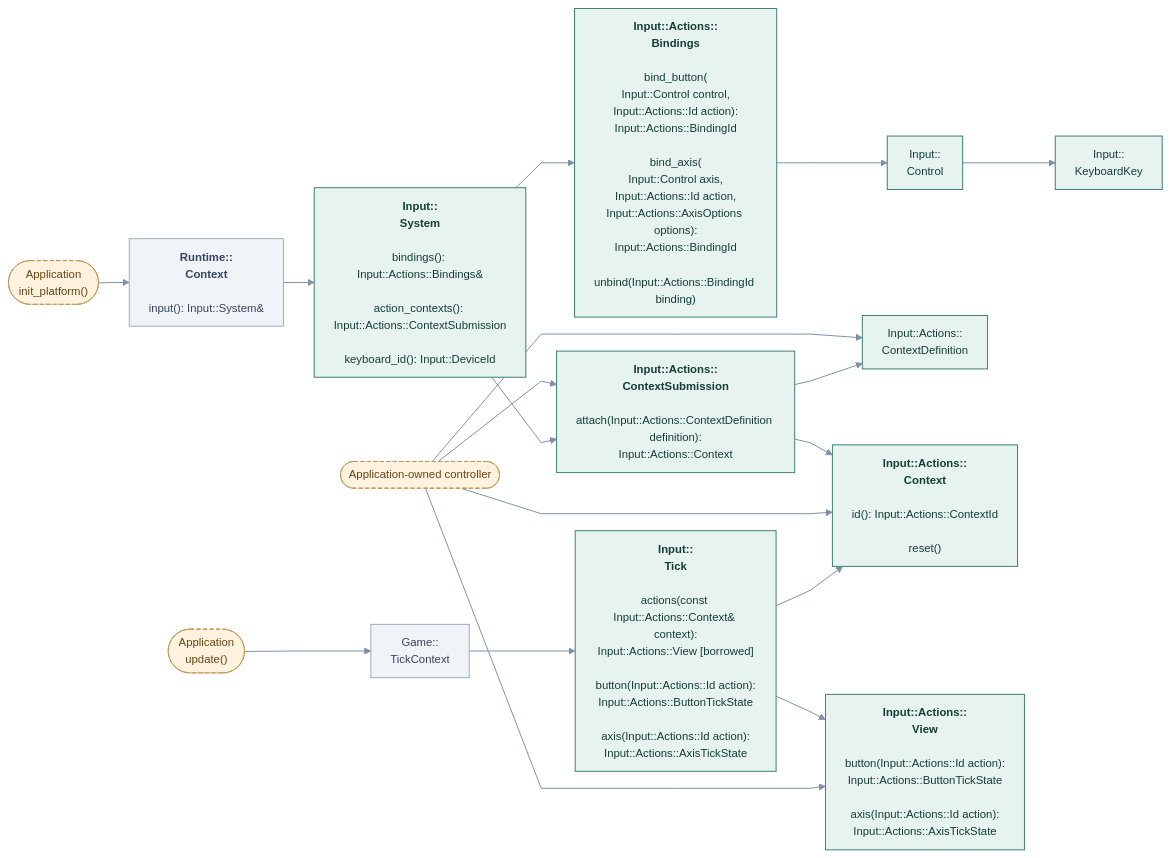
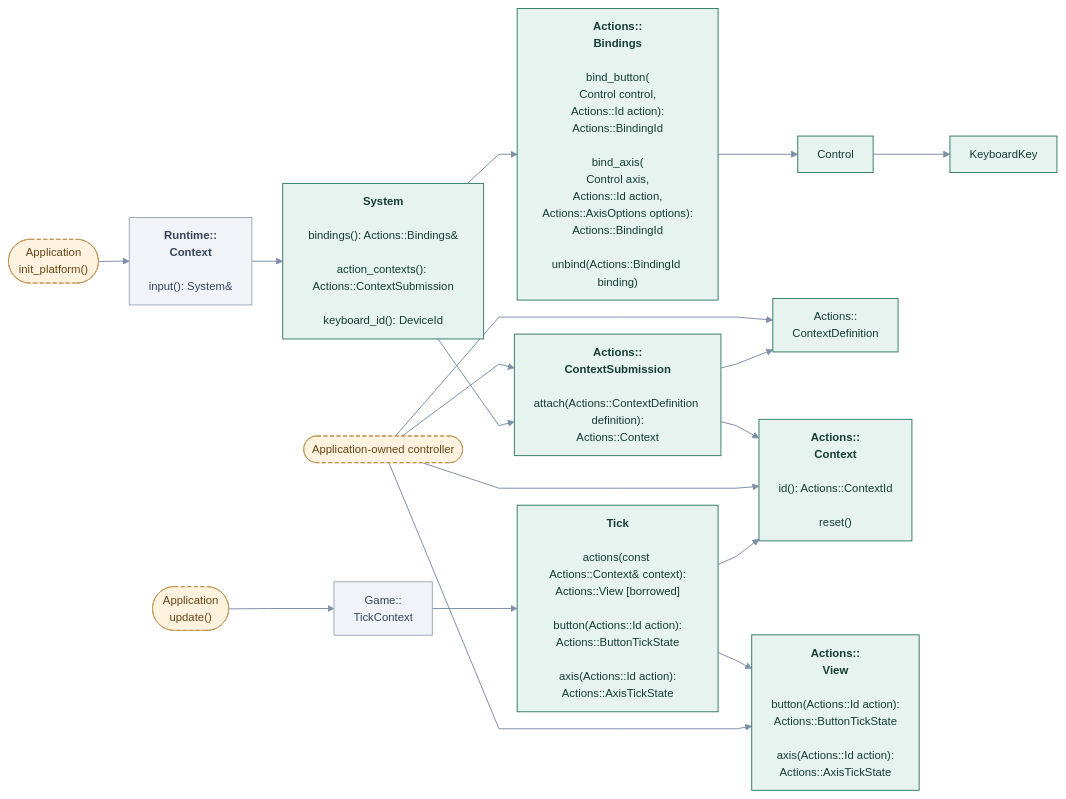
Before and after one commit to cppcooper/cheryl-engine: the diagram in docs/site/engine-systems/diagrams/input-application.mmd, drawn with Mermaid. The commit also changed 6 other files, not shown here.

First line of the commit message:
Scopes Input diagram names to their subsystem

```diff
--- a/docs/site/engine-systems/diagrams/input-application.mmd
+++ b/docs/site/engine-systems/diagrams/input-application.mmd
@@ -1,51 +1,51 @@
 ---
 config:
   theme: base
   themeVariables:
     fontFamily: system-ui, sans-serif
     fontSize: 14px
   flowchart:
     htmlLabels: true
     curve: linear
     nodeSpacing: 22
     rankSpacing: 38
     padding: 12
 ---
 flowchart LR
     accTitle: Input · application actions and controllers
-    accDescr: Arrows point toward the API or type used, not call order or data flow. Methods beneath type names are selected application entry points; Implement hooks marks engine-invoked overrides. Dashed arrows mark optional choices.
+    accDescr: Local names omit Input::. Arrows point toward the API or type used, not call order or data flow. Methods beneath type names are selected application entry points; Implement hooks marks engine-invoked overrides. Dashed arrows mark optional choices.
     k0(["Application<br/>init_platform()"]):::app
-    k1["<b>Runtime::<br/>Context</b><br/><br/>input(): Input::System&amp;"]:::neighbor
-    k2["<b>Input::<br/>System</b><br/><br/>bindings(): Input::Actions::Bindings&amp;<br/><br/>action_contexts(): Input::Actions::ContextSubmission<br/><br/>keyboard_id(): Input::DeviceId"]:::focal
-    k3["<b>Input::Actions::<br/>Bindings</b><br/><br/>bind_button(<br/>Input::Control control,<br/>Input::Actions::Id action):<br/>Input::Actions::BindingId<br/><br/>bind_axis(<br/>Input::Control axis,<br/>Input::Actions::Id action,<br/>Input::Actions::AxisOptions options):<br/>Input::Actions::BindingId<br/><br/>unbind(Input::Actions::BindingId binding)"]:::focal
-    k4["Input::<br/>Control"]:::focal
-    k5["Input::<br/>KeyboardKey"]:::focal
+    k1["<b>Runtime::<br/>Context</b><br/><br/>input(): System&amp;"]:::neighbor
+    k2["<b>System</b><br/><br/>bindings(): Actions::Bindings&amp;<br/><br/>action_contexts(): Actions::ContextSubmission<br/><br/>keyboard_id(): DeviceId"]:::focal
+    k3["<b>Actions::<br/>Bindings</b><br/><br/>bind_button(<br/>Control control,<br/>Actions::Id action):<br/>Actions::BindingId<br/><br/>bind_axis(<br/>Control axis,<br/>Actions::Id action,<br/>Actions::AxisOptions options):<br/>Actions::BindingId<br/><br/>unbind(Actions::BindingId binding)"]:::focal
+    k4["Control"]:::focal
+    k5["KeyboardKey"]:::focal
     k6(["Application-owned controller"]):::app
-    k7["Input::Actions::<br/>ContextDefinition"]:::focal
-    k8["<b>Input::Actions::<br/>ContextSubmission</b><br/><br/>attach(Input::Actions::ContextDefinition definition):<br/>Input::Actions::Context"]:::focal
-    k9["<b>Input::Actions::<br/>Context</b><br/><br/>id(): Input::Actions::ContextId<br/><br/>reset()"]:::focal
+    k7["Actions::<br/>ContextDefinition"]:::focal
+    k8["<b>Actions::<br/>ContextSubmission</b><br/><br/>attach(Actions::ContextDefinition definition):<br/>Actions::Context"]:::focal
+    k9["<b>Actions::<br/>Context</b><br/><br/>id(): Actions::ContextId<br/><br/>reset()"]:::focal
     k10(["Application<br/>update()"]):::app
     k11["Game::<br/>TickContext"]:::neighbor
-    k12["<b>Input::<br/>Tick</b><br/><br/>actions(const Input::Actions::Context&amp; context):<br/>Input::Actions::View [borrowed]<br/><br/>button(Input::Actions::Id action):<br/>Input::Actions::ButtonTickState<br/><br/>axis(Input::Actions::Id action):<br/>Input::Actions::AxisTickState"]:::focal
-    k13["<b>Input::Actions::<br/>View</b><br/><br/>button(Input::Actions::Id action):<br/>Input::Actions::ButtonTickState<br/><br/>axis(Input::Actions::Id action):<br/>Input::Actions::AxisTickState"]:::focal
+    k12["<b>Tick</b><br/><br/>actions(const Actions::Context&amp; context):<br/>Actions::View [borrowed]<br/><br/>button(Actions::Id action):<br/>Actions::ButtonTickState<br/><br/>axis(Actions::Id action):<br/>Actions::AxisTickState"]:::focal
+    k13["<b>Actions::<br/>View</b><br/><br/>button(Actions::Id action):<br/>Actions::ButtonTickState<br/><br/>axis(Actions::Id action):<br/>Actions::AxisTickState"]:::focal
     k2 --> k3
     k3 --> k4
     k4 --> k5
     k6 --> k7
     k6 --> k8
     k8 --> k9
     k6 --> k9
     k10 --> k11
     k11 --> k12
     k12 --> k13
     k6 --> k13
     k0 --> k1
     k1 --> k2
     k8 --> k7
     k12 --> k9
     k2 --> k8
     classDef focal fill:#e7f3ef,stroke:#387d6b,color:#153d33,stroke-width:1.2px
     classDef neighbor fill:#f0f3f8,stroke:#8c9bb1,color:#35445b,stroke-width:1px
     classDef app fill:#fff2df,stroke:#c09452,color:#674515,stroke-dasharray:5 3
     classDef system fill:#eaf0fc,stroke:#617fab,color:#263f69,stroke-width:1.2px
     linkStyle default stroke:#7e8fa7,stroke-width:1.2px
```
